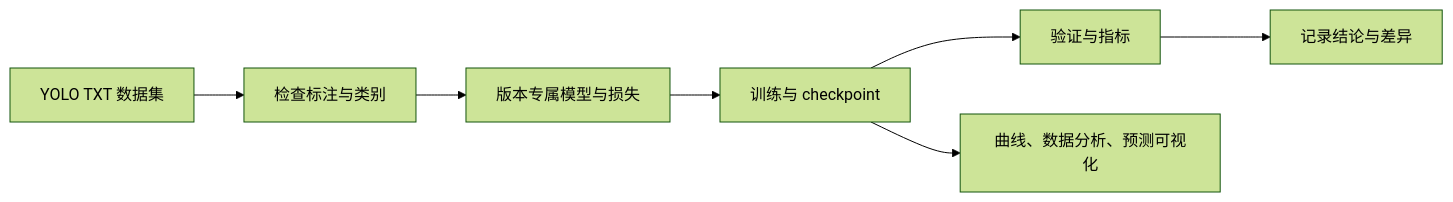
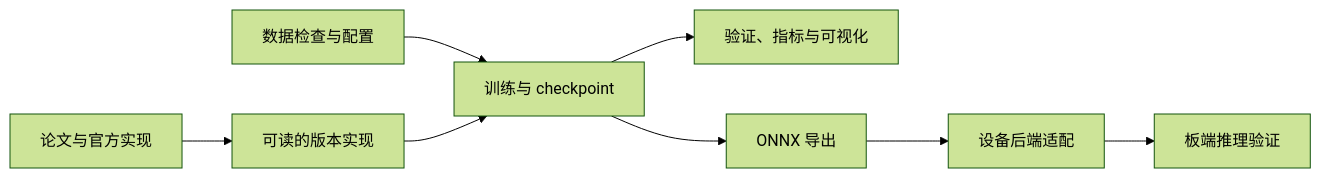
The diagram in README.md (TechCraft0/X-DeT), drawn with Mermaid (forest theme) before and after one commit. The commit also changed other lines of this file and 31 other files, not shown here.

````diff
--- a/README.md
+++ b/README.md
@@ -28,9 +29,10 @@
 ```mermaid
 flowchart LR
-    A[YOLO TXT 数据集] --> B[检查标注与类别]
-    B --> C[版本专属模型与损失]
-    C --> D[训练与 checkpoint]
-    D --> E[验证与指标]
-    D --> F[曲线、数据分析、预测可视化]
-    E --> G[记录结论与差异]
+    A[论文与官方实现] --> B[可读的版本实现]
+    C[数据检查与配置] --> D[训练与 checkpoint]
+    B --> D
+    D --> E[验证、指标与可视化]
+    D --> F[ONNX 导出]
+    F --> G[设备后端适配]
+    G --> H[板端推理验证]
 ```
````
